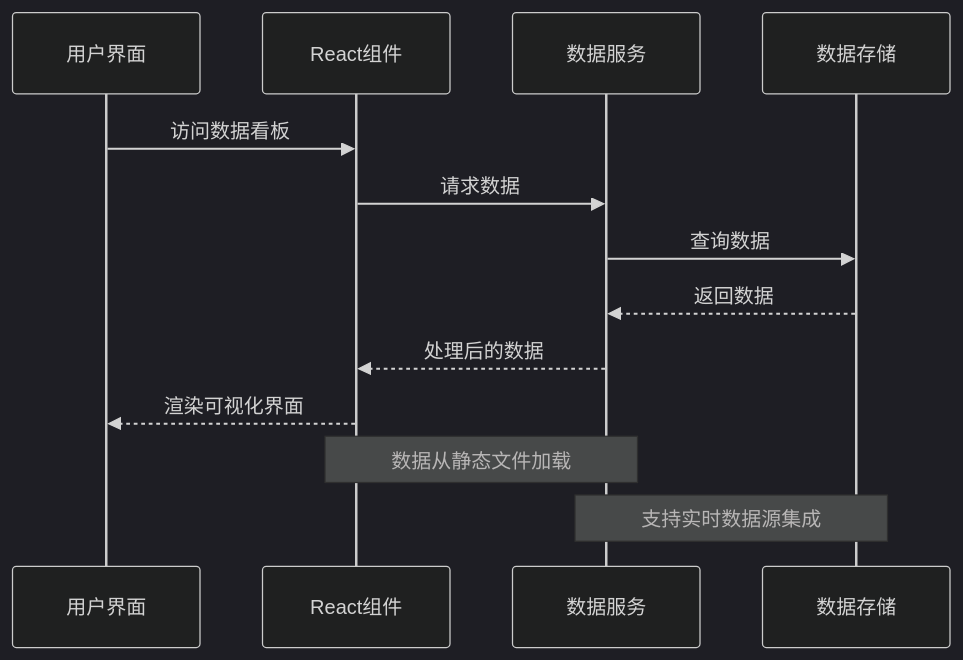
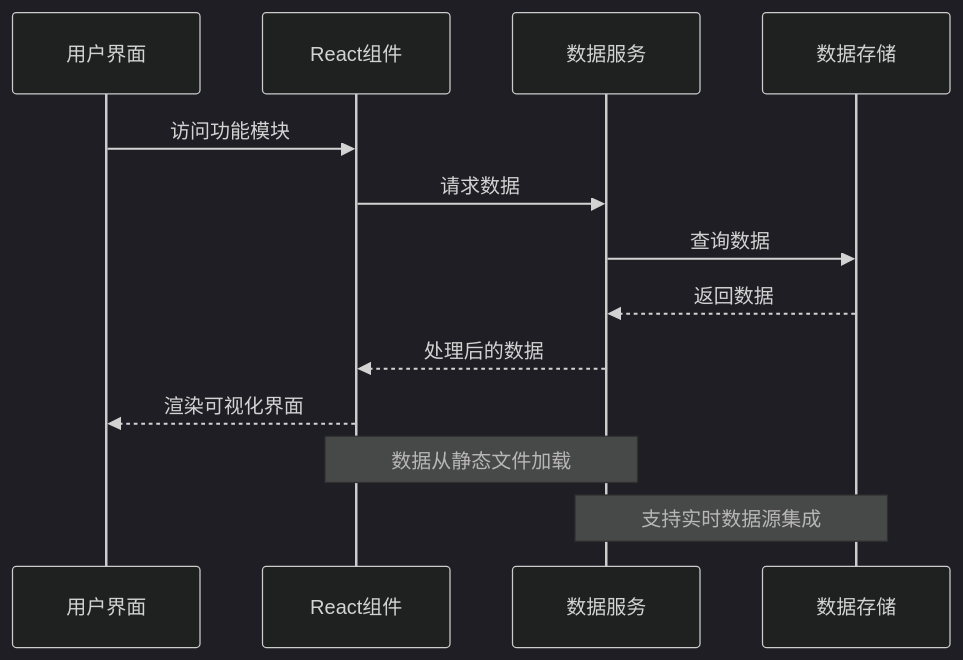
Before and after one commit to liangxuanliang-cmd/carbon-info-agent: the third of 12 diagrams in .qoder/repowiki/zh/content/功能模块/数据仪表板模块.md, drawn with Mermaid (dark theme). The commit also changed other lines of this file and 21 other files, not shown here.

````diff
--- a/.qoder/repowiki/zh/content/功能模块/数据仪表板模块.md
+++ b/.qoder/repowiki/zh/content/功能模块/数据仪表板模块.md
@@ -144,15 +158,15 @@
 ```mermaid
 sequenceDiagram
 participant 用户 as 用户界面
 participant 组件 as React组件
 participant 服务 as 数据服务
 participant 存储 as 数据存储
-用户->>组件 : 访问数据看板
+用户->>组件 : 访问功能模块
 组件->>服务 : 请求数据
 服务->>存储 : 查询数据
 存储-->>服务 : 返回数据
 服务-->>组件 : 处理后的数据
 组件-->>用户 : 渲染可视化界面
 Note over 组件,服务 : 数据从静态文件加载
 Note over 服务,存储 : 支持实时数据源集成
 ```
````
